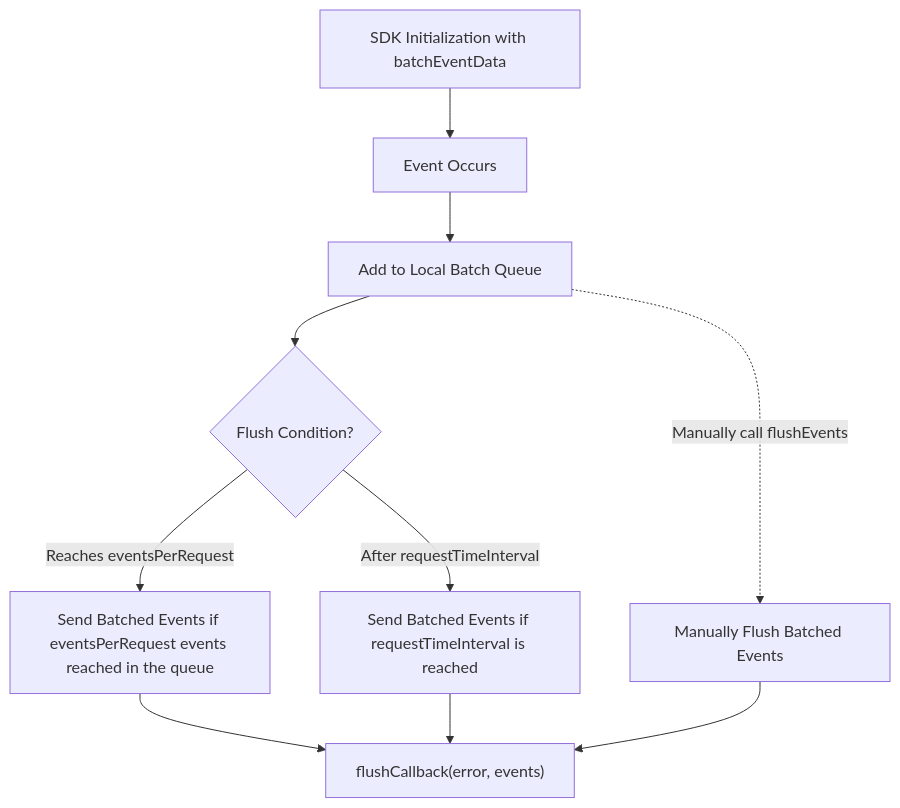
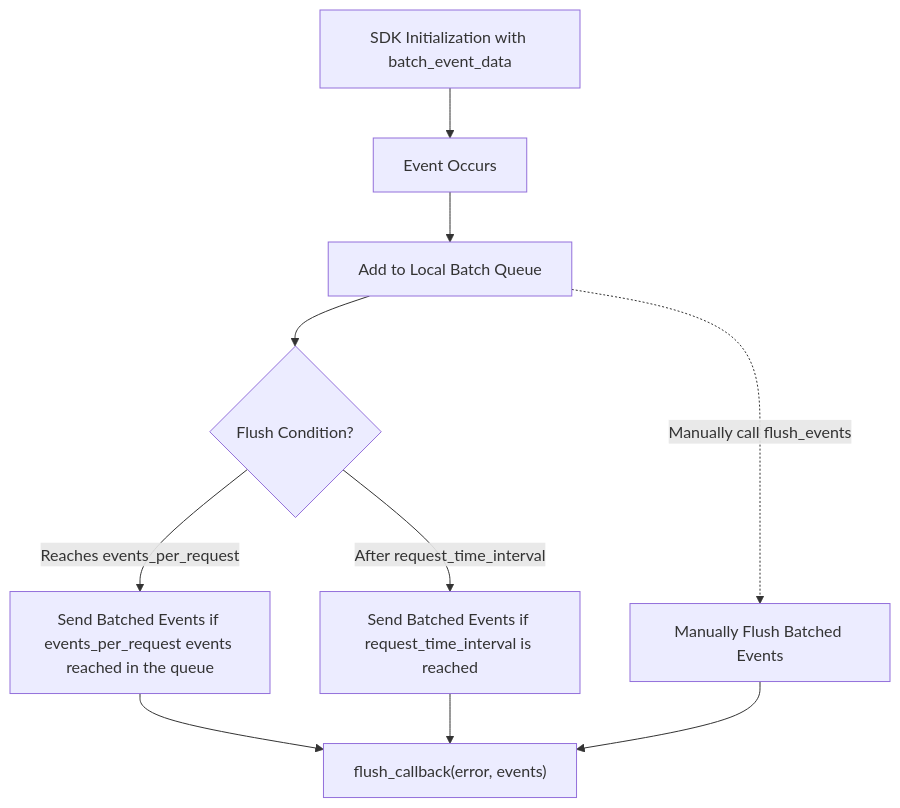
One commit to wingify/readme-central changed the diagram in docs/SDK Reference/server-side-sdks/fme-ruby/fme-ruby-event-batching.md. Above: the diagram before and after it, drawn with Mermaid. The commit also changed other lines of this file, not shown here.

Commit message:
Update doc `fme-ruby-event-batching`

````diff
--- a/docs/SDK Reference/server-side-sdks/fme-ruby/fme-ruby-event-batching.md
+++ b/docs/SDK Reference/server-side-sdks/fme-ruby/fme-ruby-event-batching.md
@@ -212,26 +201,26 @@
 ```mermaid
 flowchart TD
-    A["SDK Initialization with batchEventData"] --> B["Event Occurs"]
+    A["SDK Initialization with batch_event_data"] --> B["Event Occurs"]
     B --> C["Add to Local Batch Queue"]
 
     %% Automatic Flushing triggers
     C --> D1{"Flush Condition?"}
-    D1 -->|"Reaches eventsPerRequest"| E1["Send Batched Events if eventsPerRequest events reached in the queue"]
-    D1 -->|"After requestTimeInterval"| E2["Send Batched Events if requestTimeInterval is reached"]
+    D1 -->|"Reaches events_per_request"| E1["Send Batched Events if events_per_request events reached in the queue"]
+    D1 -->|"After request_time_interval"| E2["Send Batched Events if request_time_interval is reached"]
 
     %% Manual Flush
-    C -.->|"Manually call flushEvents"| E3["Manually Flush Batched Events"]
+    C -.->|"Manually call flush_events"| E3["Manually Flush Batched Events"]
 
     %% All flushes trigger callback
-    E1 --> X["flushCallback(error, events)"]
+    E1 --> X["flush_callback(error, events)"]
     E2 --> X
     E3 --> X
 
     %% Assign classes
     class A,B,C,D1,E1,E2,E3 step;
     class X callback;
 
 		%% Define styles
     classDef check fill:#bbf,stroke:#333,stroke-width:1px,color:#000
 
 ```
````
